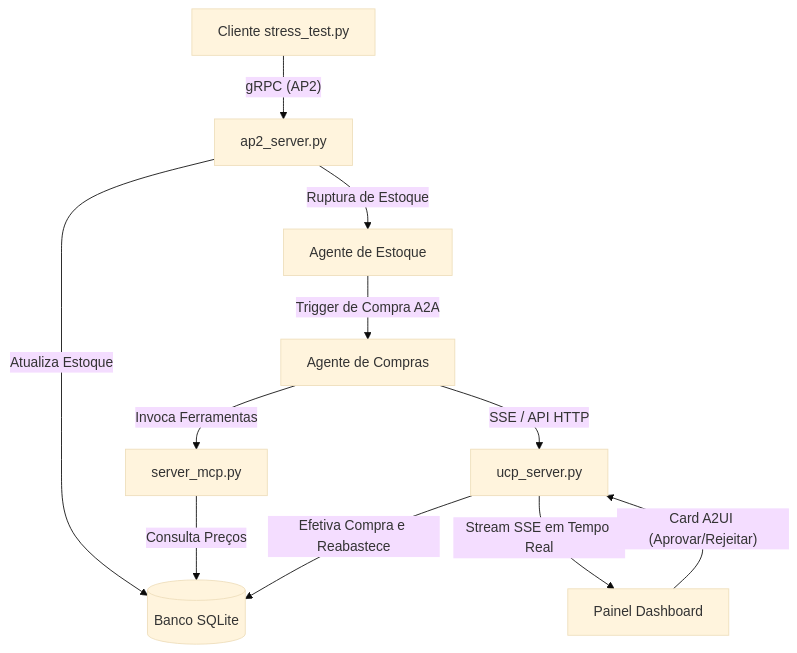
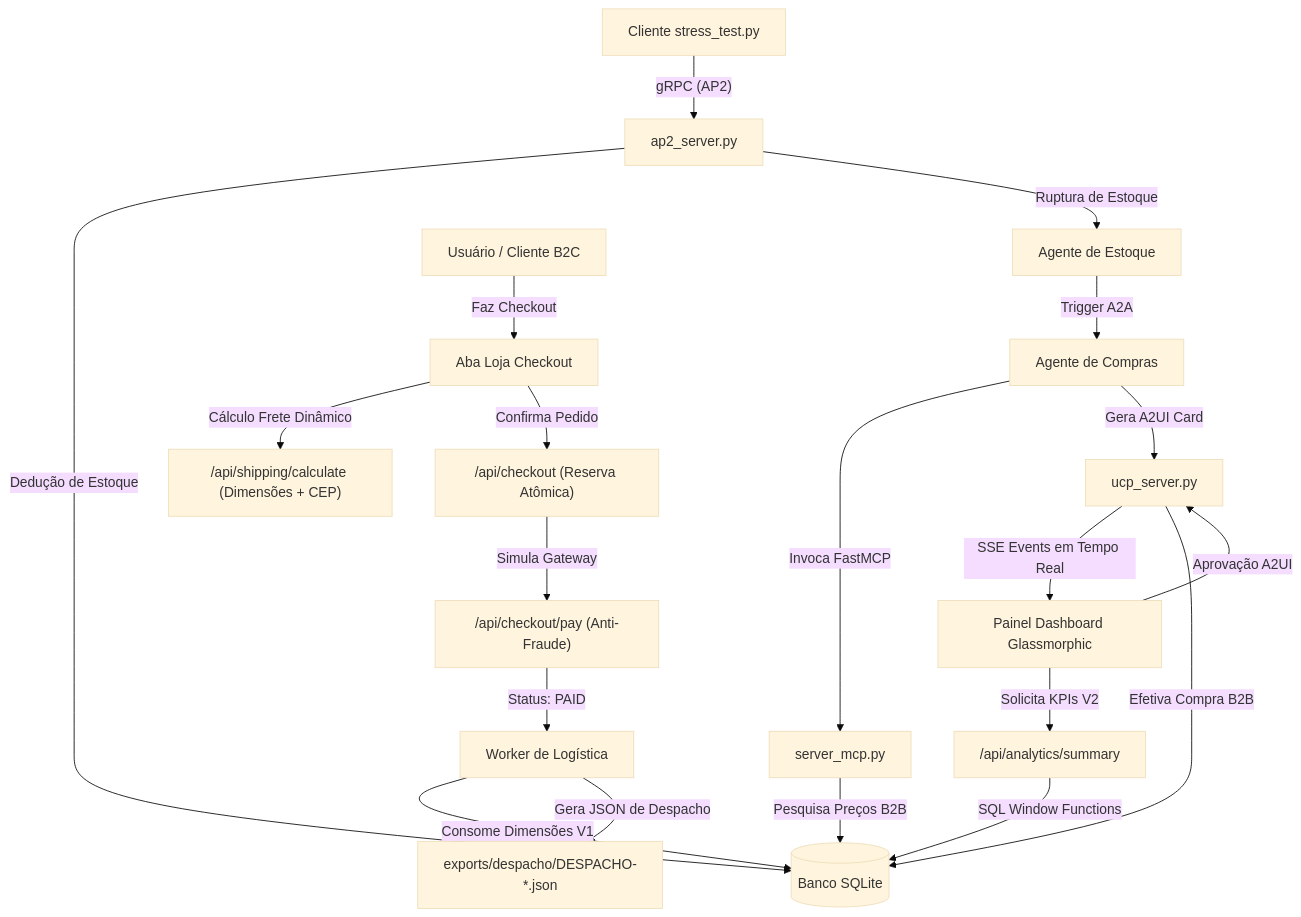
Before and after one commit to rcruzjs/agv-a2a-poc: the diagram in README.md, drawn with Mermaid (base theme). The commit also changed other lines of this file, not shown here.

Commit message:
docs: update README with Version 2 architecture and features

````diff
--- a/README.md
+++ b/README.md
@@ -18,13 +30,29 @@
 ```mermaid
 graph TD
+    %% Fluxo B2B Agêntico
     Client[Cliente stress_test.py] -- "gRPC (AP2)" --> AP2Server[ap2_server.py]
-    AP2Server -- "Atualiza Estoque" --> DB[(Banco SQLite)]
+    AP2Server -- "Dedução de Estoque" --> DB[(Banco SQLite)]
     AP2Server -- "Ruptura de Estoque" --> StockAgent[Agente de Estoque]
-    StockAgent -- "Trigger de Compra A2A" --> PurchAgent[Agente de Compras]
-    PurchAgent -- "Invoca Ferramentas" --> MCPServer[server_mcp.py]
-    MCPServer -- "Consulta Preços" --> DB
-    PurchAgent -- "SSE / API HTTP" --> UCPServer[ucp_server.py]
-    UCPServer -- "Stream SSE em Tempo Real" --> AGUI[Painel Dashboard]
-    AGUI -- "Card A2UI (Aprovar/Rejeitar)" --> UCPServer
-    UCPServer -- "Efetiva Compra e Reabastece" --> DB
+    StockAgent -- "Trigger A2A" --> PurchAgent[Agente de Compras]
+    PurchAgent -- "Invoca FastMCP" --> MCPServer[server_mcp.py]
+    MCPServer -- "Pesquisa Preços B2B" --> DB
+    PurchAgent -- "Gera A2UI Card" --> UCPServer[ucp_server.py]
+
+    %% Fluxo B2C E-commerce
+    User[Usuário / Cliente B2C] -- "Faz Checkout" --> Form[Aba Loja Checkout]
+    Form -- "Cálculo Frete Dinâmico" --> ShippingRoute["/api/shipping/calculate (Dimensões + CEP)"]
+    Form -- "Confirma Pedido" --> CheckoutRoute["/api/checkout (Reserva Atômica)"]
+    CheckoutRoute -- "Simula Gateway" --> Gateway["/api/checkout/pay (Anti-Fraude)"]
+    
+    %% Integração e Visualização
+    Gateway -- "Status: PAID" --> LogWorker[Worker de Logística]
+    LogWorker -- "Consome Dimensões V1" --> DB
+    LogWorker -- "Gera JSON de Despacho" --> ExportFolder["exports/despacho/DESPACHO-*.json"]
+    
+    UCPServer -- "SSE Events em Tempo Real" --> UI[Painel Dashboard Glassmorphic]
+    UI -- "Aprovação A2UI" --> UCPServer
+    UCPServer -- "Efetiva Compra B2B" --> DB
+    
+    UI -- "Solicita KPIs V2" --> AnalyticsRoute["/api/analytics/summary"]
+    AnalyticsRoute -- "SQL Window Functions" --> DB
 ```
````
